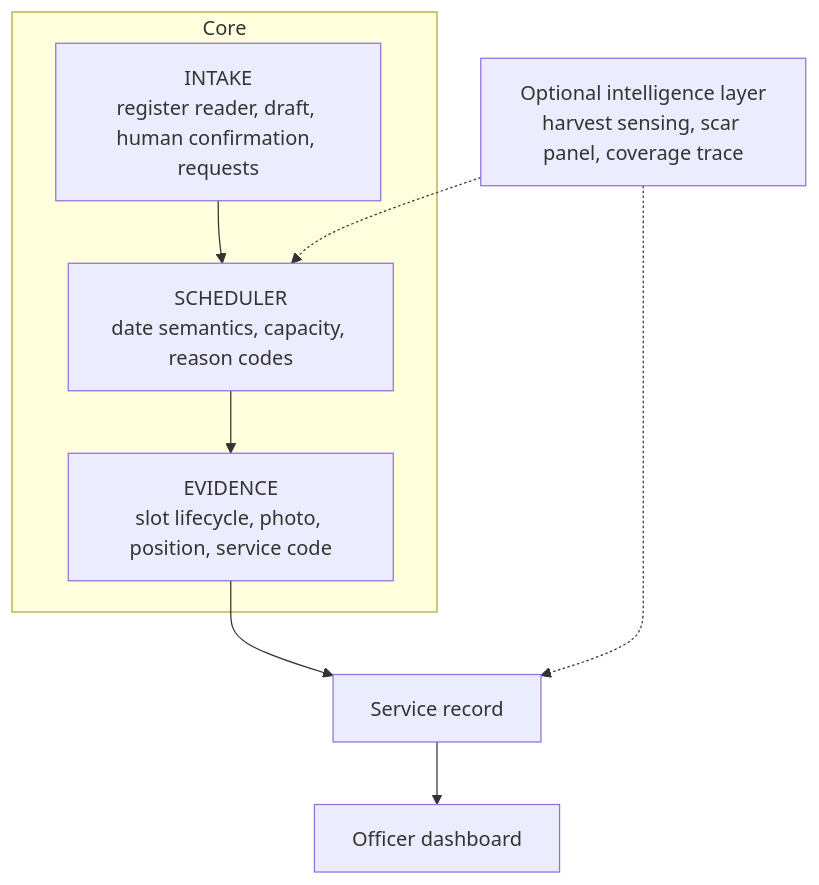
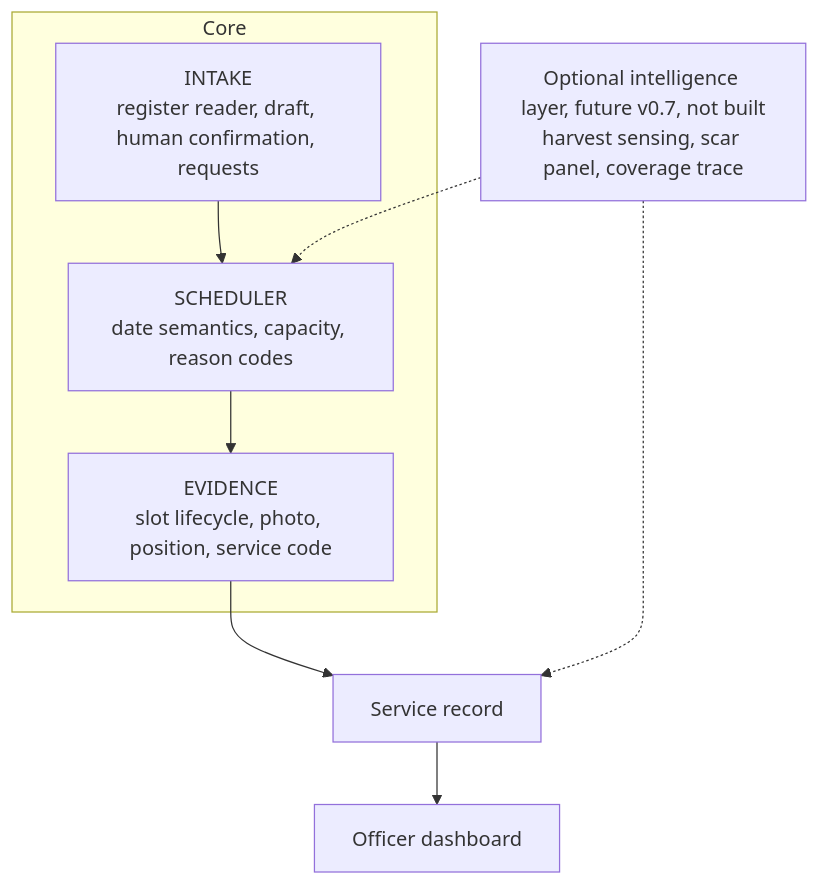
One commit to Arnav-aka-guy/Zinno4.0-Vaari changed the first of 5 diagrams in docs/ARCHITECTURE.md. Above: the diagram before and after it, drawn with Mermaid. The commit also changed other lines of this file and 4 other files, not shown here.

First line of the commit message:
Say satellite sensing is future (v0.7), not built, in every doc

````diff
--- a/docs/ARCHITECTURE.md
+++ b/docs/ARCHITECTURE.md
@@ -20,11 +20,11 @@
 ```mermaid
 flowchart TD
   subgraph Core
     I[INTAKE<br/>register reader, draft, human confirmation, requests]
     S[SCHEDULER<br/>date semantics, capacity, reason codes]
     E[EVIDENCE<br/>slot lifecycle, photo, position, service code]
   end
   I --> S --> E --> R[Service record] --> O[Officer dashboard]
-  X[Optional intelligence layer<br/>harvest sensing, scar panel, coverage trace] -.-> S
+  X[Optional intelligence layer, future v0.7, not built<br/>harvest sensing, scar panel, coverage trace] -.-> S
   X -.-> R
 ```
````
